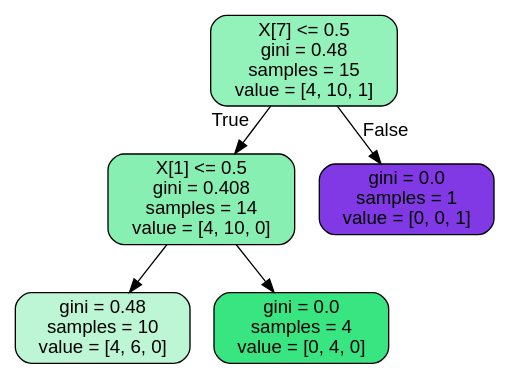
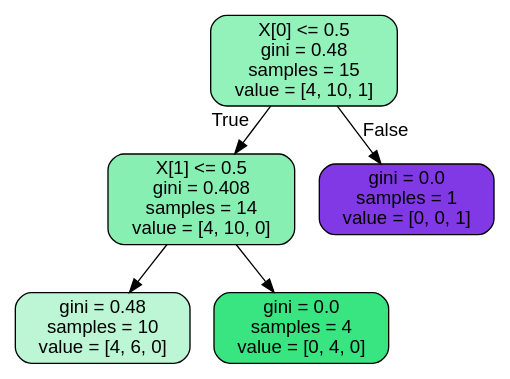
One commit to CompPhysics/MachineLearning changed the diagram in doc/pub/week44/ipynb/Datafiles/ride.dot. Above: the diagram before and after it, drawn with Graphviz. The commit also changed 2 other files, not shown here.

```diff
--- a/doc/pub/week44/ipynb/Datafiles/ride.dot
+++ b/doc/pub/week44/ipynb/Datafiles/ride.dot
@@ -1,13 +1,13 @@
 digraph Tree {
 node [shape=box, style="filled, rounded", color="black", fontname=helvetica] ;
 edge [fontname=helvetica] ;
-0 [label="X[7] <= 0.5\ngini = 0.48\nsamples = 15\nvalue = [4, 10, 1]", fillcolor="#93f1ba"] ;
+0 [label="X[0] <= 0.5\ngini = 0.48\nsamples = 15\nvalue = [4, 10, 1]", fillcolor="#93f1ba"] ;
 1 [label="X[1] <= 0.5\ngini = 0.408\nsamples = 14\nvalue = [4, 10, 0]", fillcolor="#88efb3"] ;
 0 -> 1 [labeldistance=2.5, labelangle=45, headlabel="True"] ;
 2 [label="gini = 0.48\nsamples = 10\nvalue = [4, 6, 0]", fillcolor="#bdf6d5"] ;
 1 -> 2 ;
 3 [label="gini = 0.0\nsamples = 4\nvalue = [0, 4, 0]", fillcolor="#39e581"] ;
 1 -> 3 ;
 4 [label="gini = 0.0\nsamples = 1\nvalue = [0, 0, 1]", fillcolor="#8139e5"] ;
 0 -> 4 [labeldistance=2.5, labelangle=-45, headlabel="False"] ;
 }
```
